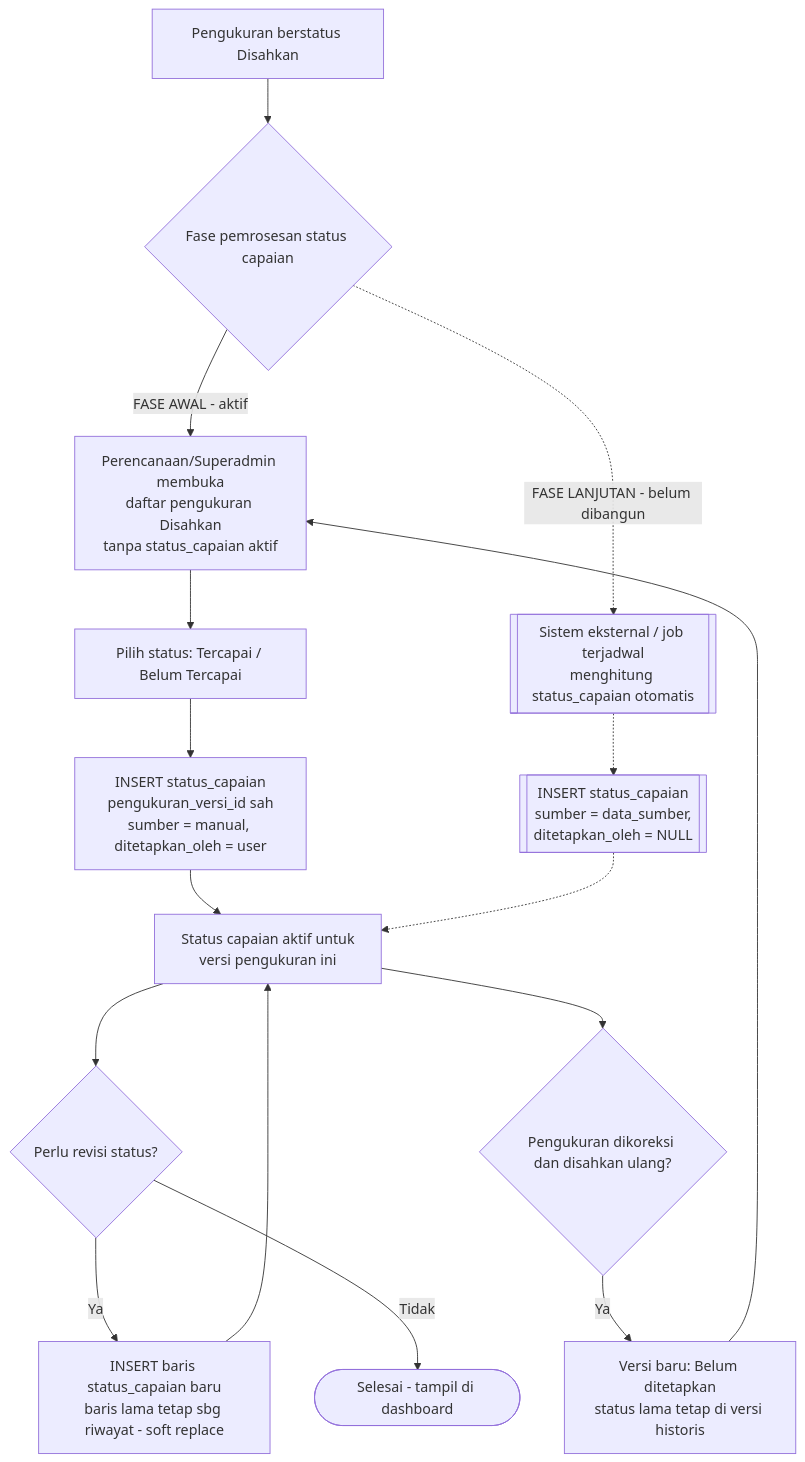
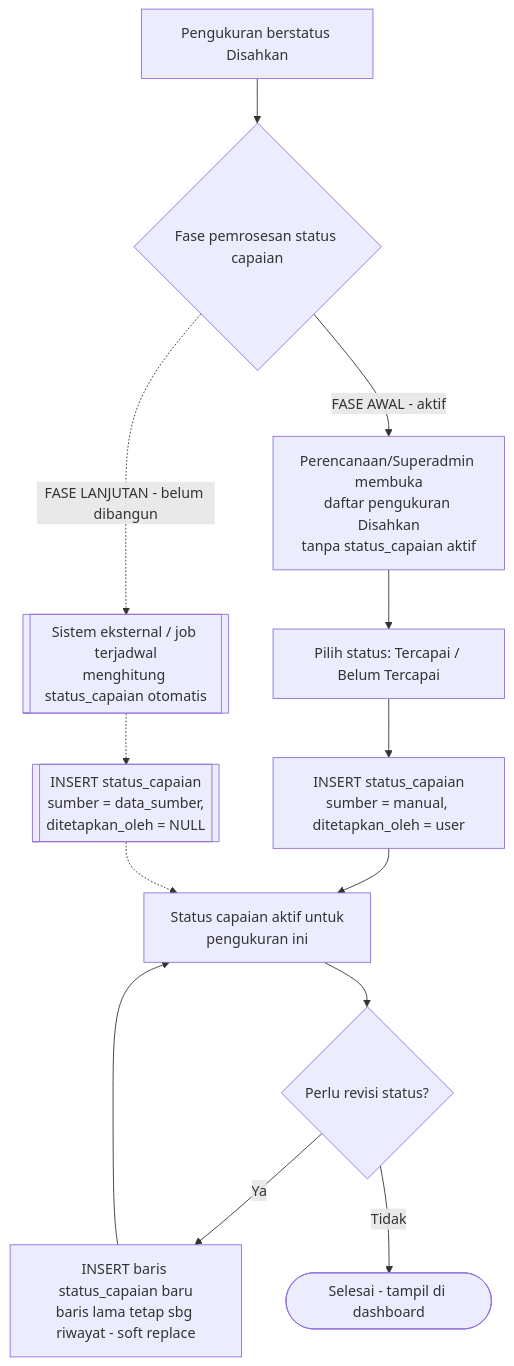
One commit to LLDIKTI-XVI-TEAM/SAKIP changed diagram 16 of 22 in document/SAKIP - Workflow.md. Above: the diagram before and after it, drawn with Mermaid. The commit also changed other lines of this file and 7 other files, not shown here.

````diff
--- a/document/SAKIP - Workflow.md
+++ b/document/SAKIP - Workflow.md
@@ -1335,19 +1333,16 @@
 ```mermaid
 flowchart TD
     A[Pengukuran berstatus Disahkan] --> B{Fase pemrosesan status capaian}
     B -->|FASE AWAL - aktif| C[Perencanaan/Superadmin membuka\ndaftar pengukuran Disahkan\ntanpa status_capaian aktif]
     C --> D[Pilih status: Tercapai / Belum Tercapai]
-    D --> E[INSERT status_capaian\npengukuran_versi_id sah\nsumber = manual, ditetapkan_oleh = user]
-    E --> F[Status capaian aktif untuk\nversi pengukuran ini]
+    D --> E[INSERT status_capaian\nsumber = manual, ditetapkan_oleh = user]
+    E --> F[Status capaian aktif untuk\npengukuran ini]
     F --> G{Perlu revisi status?}
     G -- Ya --> H[INSERT baris status_capaian baru\nbaris lama tetap sbg riwayat - soft replace]
     H --> F
     G -- Tidak --> I([Selesai - tampil di dashboard])
-    F --> R{Pengukuran dikoreksi dan disahkan ulang?}
-    R -- Ya --> S[Versi baru: Belum ditetapkan\nstatus lama tetap di versi historis]
-    S --> C
 
     B -.->|FASE LANJUTAN - belum dibangun| J[["Sistem eksternal / job terjadwal\nmenghitung status_capaian otomatis"]]
     J -.-> K[["INSERT status_capaian\nsumber = data_sumber,\nditetapkan_oleh = NULL"]]
     K -.-> F
 ```
````
